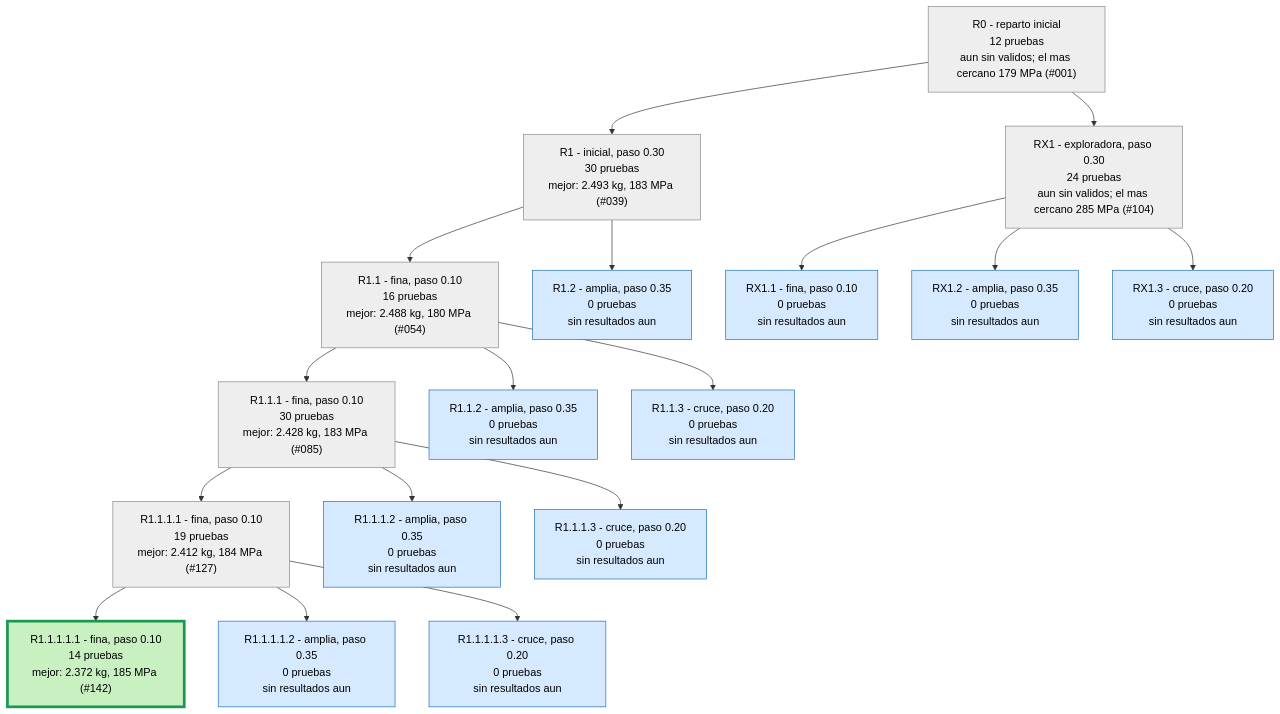
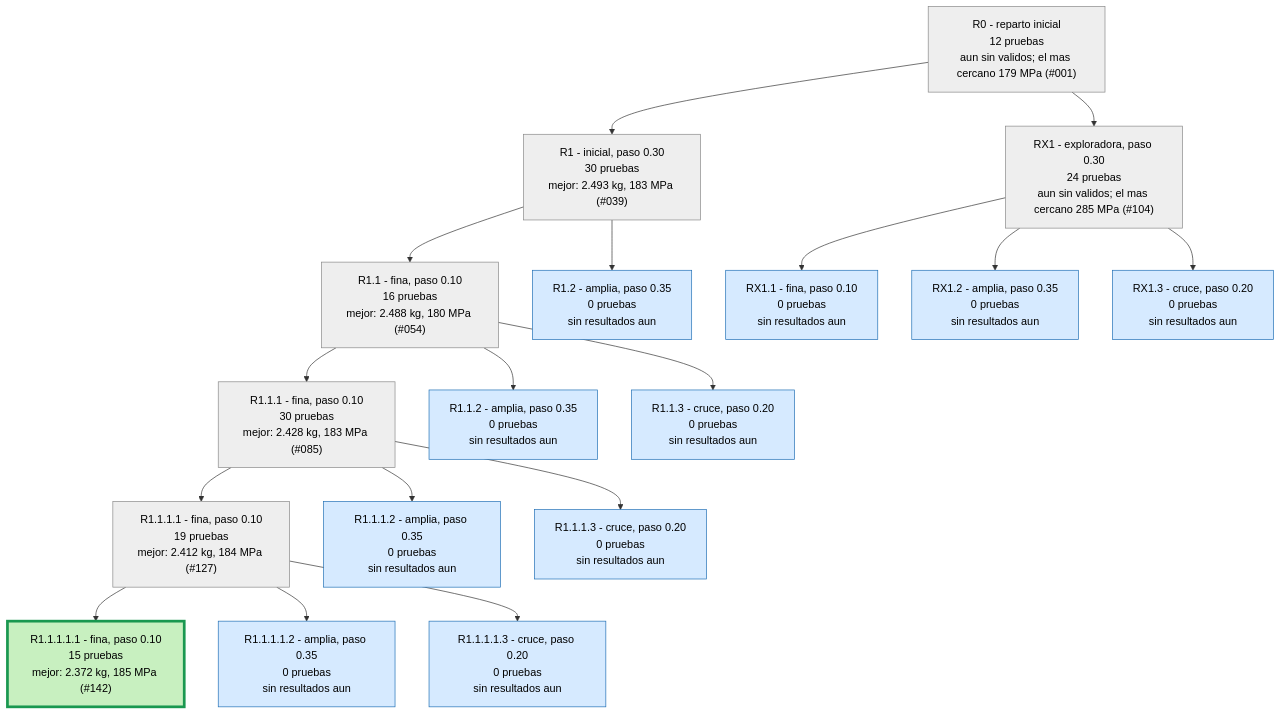
The second of 3 diagrams in runs/opt_37800N/ARBOL.md (Hugiko/msd-soporte-optimizacion), drawn with Mermaid before and after one commit. The commit also changed 14 other files, not shown here.

````diff
--- a/runs/opt_37800N/ARBOL.md
+++ b/runs/opt_37800N/ARBOL.md
@@ -29,39 +29,39 @@
 ```mermaid
 graph TD
 classDef activa fill:#d6eaff,stroke:#1f6fb5,color:#000
 classDef fin fill:#eeeeee,stroke:#888,color:#000
 classDef mejor fill:#c8f0c0,stroke:#1a9850,stroke-width:4px,color:#000
 R0["R0 - reparto inicial<br/>12 pruebas<br/>aun sin validos; el mas cercano 179 MPa (#001)"]:::fin
 R1["R1 - inicial, paso 0.30<br/>30 pruebas<br/>mejor: 2.493 kg, 183 MPa (#039)"]:::fin
 R0 --> R1
 R1_1["R1.1 - fina, paso 0.10<br/>16 pruebas<br/>mejor: 2.488 kg, 180 MPa (#054)"]:::fin
 R1 --> R1_1
 R1_2["R1.2 - amplia, paso 0.35<br/>0 pruebas<br/>sin resultados aun"]:::activa
 R1 --> R1_2
 R1_1_1["R1.1.1 - fina, paso 0.10<br/>30 pruebas<br/>mejor: 2.428 kg, 183 MPa (#085)"]:::fin
 R1_1 --> R1_1_1
 R1_1_2["R1.1.2 - amplia, paso 0.35<br/>0 pruebas<br/>sin resultados aun"]:::activa
 R1_1 --> R1_1_2
 R1_1_3["R1.1.3 - cruce, paso 0.20<br/>0 pruebas<br/>sin resultados aun"]:::activa
 R1_1 --> R1_1_3
 R1_1_1_1["R1.1.1.1 - fina, paso 0.10<br/>19 pruebas<br/>mejor: 2.412 kg, 184 MPa (#127)"]:::fin
 R1_1_1 --> R1_1_1_1
 R1_1_1_2["R1.1.1.2 - amplia, paso 0.35<br/>0 pruebas<br/>sin resultados aun"]:::activa
 R1_1_1 --> R1_1_1_2
 R1_1_1_3["R1.1.1.3 - cruce, paso 0.20<br/>0 pruebas<br/>sin resultados aun"]:::activa
 R1_1_1 --> R1_1_1_3
 RX1["RX1 - exploradora, paso 0.30<br/>24 pruebas<br/>aun sin validos; el mas cercano 285 MPa (#104)"]:::fin
 R0 --> RX1
 RX1_1["RX1.1 - fina, paso 0.10<br/>0 pruebas<br/>sin resultados aun"]:::activa
 RX1 --> RX1_1
 RX1_2["RX1.2 - amplia, paso 0.35<br/>0 pruebas<br/>sin resultados aun"]:::activa
 RX1 --> RX1_2
 RX1_3["RX1.3 - cruce, paso 0.20<br/>0 pruebas<br/>sin resultados aun"]:::activa
 RX1 --> RX1_3
-R1_1_1_1_1["R1.1.1.1.1 - fina, paso 0.10<br/>14 pruebas<br/>mejor: 2.372 kg, 185 MPa (#142)"]:::mejor
+R1_1_1_1_1["R1.1.1.1.1 - fina, paso 0.10<br/>15 pruebas<br/>mejor: 2.372 kg, 185 MPa (#142)"]:::mejor
 R1_1_1_1 --> R1_1_1_1_1
 R1_1_1_1_2["R1.1.1.1.2 - amplia, paso 0.35<br/>0 pruebas<br/>sin resultados aun"]:::activa
 R1_1_1_1 --> R1_1_1_1_2
 R1_1_1_1_3["R1.1.1.1.3 - cruce, paso 0.20<br/>0 pruebas<br/>sin resultados aun"]:::activa
 R1_1_1_1 --> R1_1_1_1_3
 ```
````
